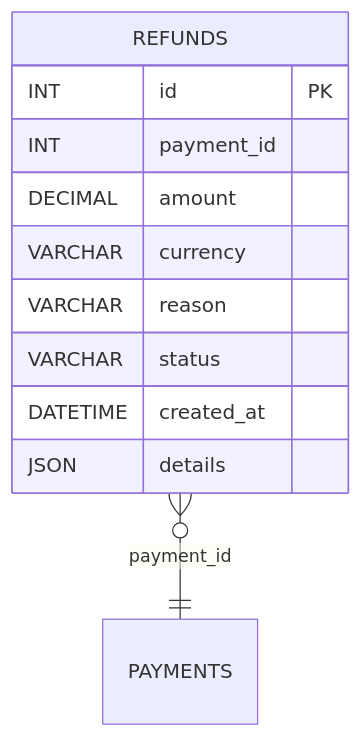
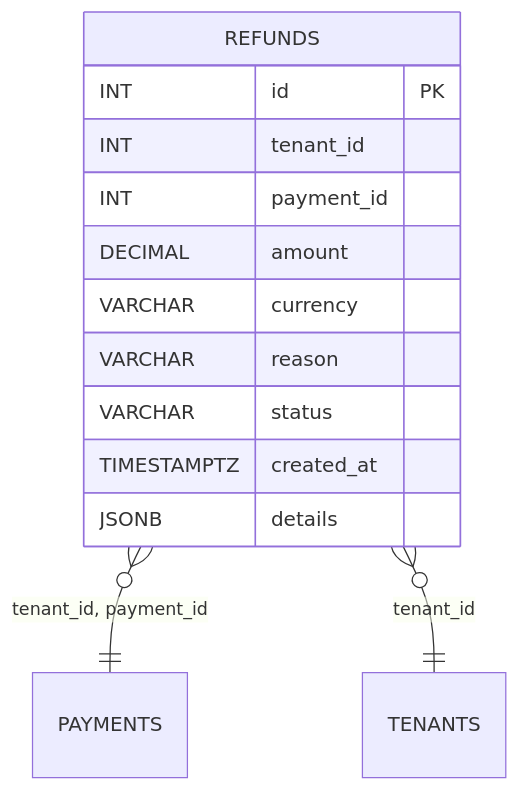
The diagram in README.md (blackcatdatabase/table-refunds), drawn with Mermaid before and after one commit. The commit also changed other lines of this file and 26 other files, not shown here.

First line of the commit message:
Regen schema (#1)

````diff
--- a/README.md
+++ b/README.md
@@ -54,14 +59,16 @@
 ```mermaid
 erDiagram
   REFUNDS {
     INT id PK
+    INT tenant_id
     INT payment_id
     DECIMAL amount
     VARCHAR currency
     VARCHAR reason
     VARCHAR status
-    DATETIME created_at
-    JSON details
+    TIMESTAMPTZ created_at
+    JSONB details
   }
-  REFUNDS }o--|| PAYMENTS : "payment_id"
+  REFUNDS }o--|| PAYMENTS : "tenant_id, payment_id"
+  REFUNDS }o--|| TENANTS : "tenant_id"
 ```
````
